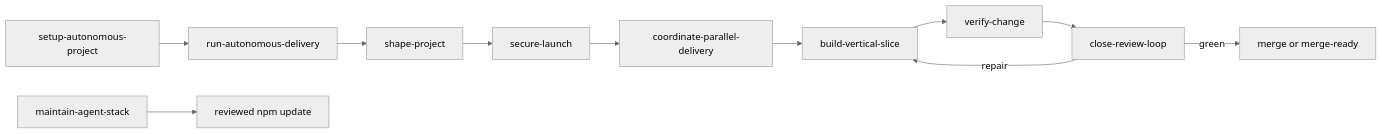
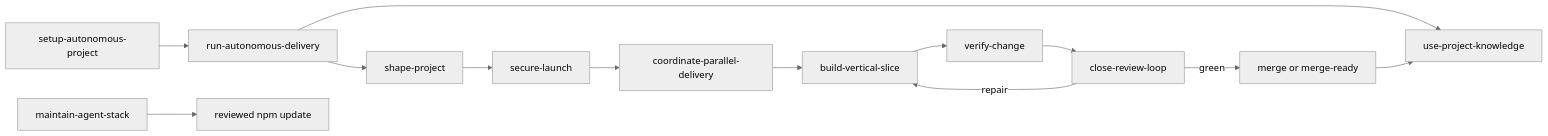
One commit to samtay32/ultimate-agent-stack changed the diagram in docs/SKILL_STACK.md. Above: the diagram before and after it, drawn with Mermaid (neutral theme). The commit also changed other lines of this file and 45 other files, not shown here.

````diff
--- a/docs/SKILL_STACK.md
+++ b/docs/SKILL_STACK.md
@@ -23,13 +24,15 @@
 ```mermaid
 flowchart LR
     SET["setup-autonomous-project"] --> RUN["run-autonomous-delivery"]
+    RUN --> KNOW["use-project-knowledge"]
     RUN --> SHAPE["shape-project"]
     SHAPE --> SECURE["secure-launch"]
     SECURE --> COORD["coordinate-parallel-delivery"]
     COORD --> BUILD["build-vertical-slice"]
     BUILD --> VERIFY["verify-change"]
     VERIFY --> CLOSE["close-review-loop"]
     CLOSE -->|repair| BUILD
     CLOSE -->|green| DONE["merge or merge-ready"]
+    DONE --> KNOW
     MAINTAIN["maintain-agent-stack"] --> PACKAGE["reviewed npm update"]
 ```
````
